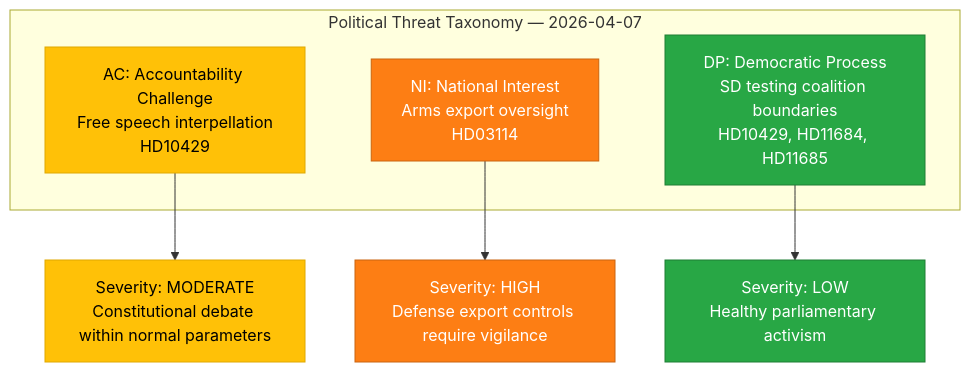
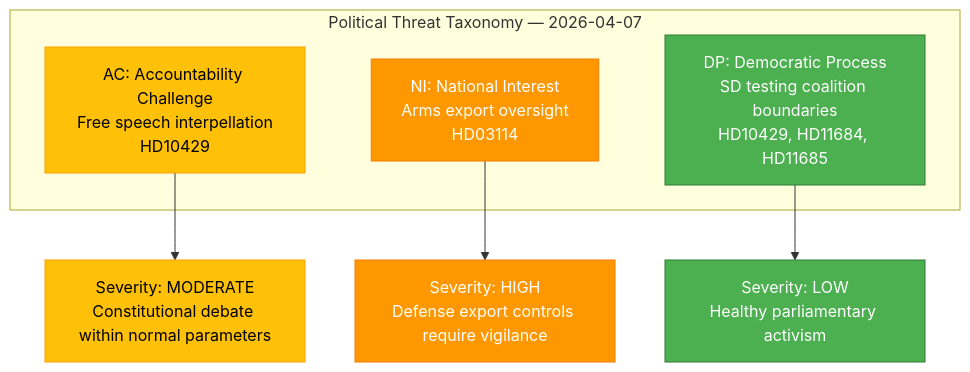
One commit to Hack23/riksdagsmonitor changed the diagram in analysis/daily/2026-04-07/realtime-1026/threat-analysis.md. Above: the diagram before and after it, drawn with Mermaid. The commit also changed 785 other files, not shown here.

First line of the commit message:
Normalize mermaid colors across 786 analysis artifacts to ISMS Style Guide palette

````diff
--- a/analysis/daily/2026-04-07/realtime-1026/threat-analysis.md
+++ b/analysis/daily/2026-04-07/realtime-1026/threat-analysis.md
@@ -16,19 +16,19 @@
 ```mermaid
 graph TD
     subgraph "Political Threat Taxonomy — 2026-04-07"
         AC["AC: Accountability Challenge<br/>Free speech interpellation<br/>HD10429"]
         NI["NI: National Interest<br/>Arms export oversight<br/>HD03114"]
         DP["DP: Democratic Process<br/>SD testing coalition boundaries<br/>HD10429, HD11684, HD11685"]
     end
 
     AC --> S1["Severity: MODERATE<br/>Constitutional debate within normal parameters"]
     NI --> S2["Severity: HIGH<br/>Defense export controls require vigilance"]
     DP --> S3["Severity: LOW<br/>Healthy parliamentary activism"]
 
-    style AC fill:#ffc107,stroke:#e0a800,color:#000
-    style NI fill:#fd7e14,stroke:#ca6510,color:#fff
-    style DP fill:#28a745,stroke:#1e7e34,color:#fff
-    style S1 fill:#ffc107,stroke:#e0a800,color:#000
-    style S2 fill:#fd7e14,stroke:#ca6510,color:#fff
-    style S3 fill:#28a745,stroke:#1e7e34,color:#fff
+    style AC fill:#FFC107,stroke:#FFA000,color:#000000
+    style NI fill:#FF9800,stroke:#F57C00,color:#FFFFFF
+    style DP fill:#4CAF50,stroke:#2E7D32,color:#FFFFFF
+    style S1 fill:#FFC107,stroke:#FFA000,color:#000000
+    style S2 fill:#FF9800,stroke:#F57C00,color:#FFFFFF
+    style S3 fill:#4CAF50,stroke:#2E7D32,color:#FFFFFF
 ```
````
